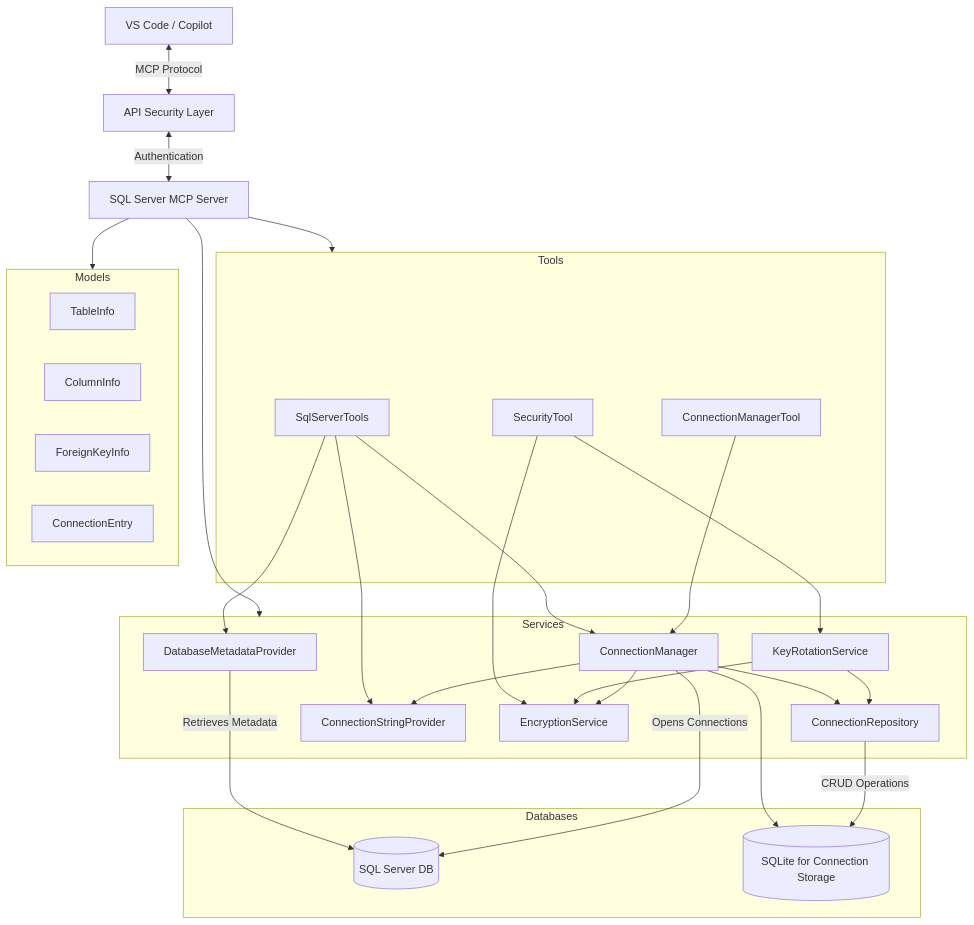
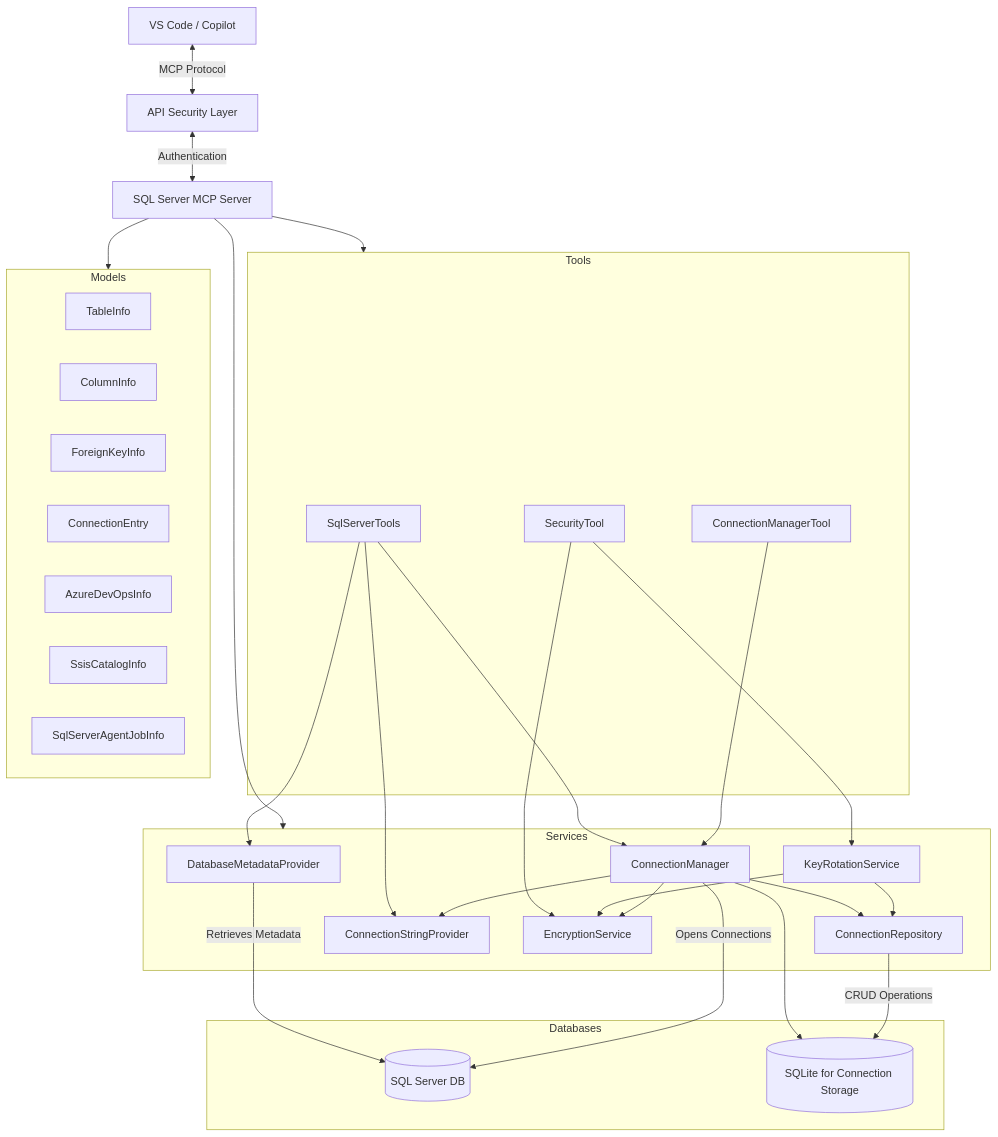
One commit to MCPRUNNER/mssqlMCP changed the first of 10 diagrams in Documentation/Architecture.md. Above: the diagram before and after it, drawn with Mermaid. The commit also changed other lines of this file and 10 other files, not shown here.

````diff
--- a/Documentation/Architecture.md
+++ b/Documentation/Architecture.md
@@ -11,52 +11,53 @@
 ```mermaid
 graph TD
     Client[VS Code / Copilot] <-->|MCP Protocol| Auth[API Security Layer]
     Auth <-->|Authentication| Server[SQL Server MCP Server]
     Server --> Tools
     Server --> Services
     Server --> Models
 
     subgraph Tools
         ST[SqlServerTools]
         CMT[ConnectionManagerTool]
         SCT[SecurityTool]
-    end
-
-    subgraph Services
+    end    subgraph Services
         DMP[DatabaseMetadataProvider]
         CM[ConnectionManager]
         CR[ConnectionRepository]
         CSP[ConnectionStringProvider]
         ES[EncryptionService]
         KRS[KeyRotationService]
     end
 
     subgraph Models
         TI[TableInfo]
         CI[ColumnInfo]
         FKI[ForeignKeyInfo]
         CE[ConnectionEntry]
+        ADEVOPS[AzureDevOpsInfo]
+        SSISCAT[SsisCatalogInfo]
+        SQLJOB[SqlServerAgentJobInfo]
     end
 
     ST --> DMP
     ST --> CM
     ST --> CSP
     CMT --> CM
     SCT --> KRS
     SCT --> ES
     CM --> CR
     CM --> CSP
     KRS --> CR
     KRS --> ES
     CM --> ES
 
     subgraph Databases
         SQLDB[(SQL Server DB)]
         SQLite[(SQLite for Connection Storage)]
     end
 
     DMP -->|Retrieves Metadata| SQLDB
     CM --> SQLite
     CR -->|CRUD Operations| SQLite
     CM -->|Opens Connections| SQLDB
 ```
````
